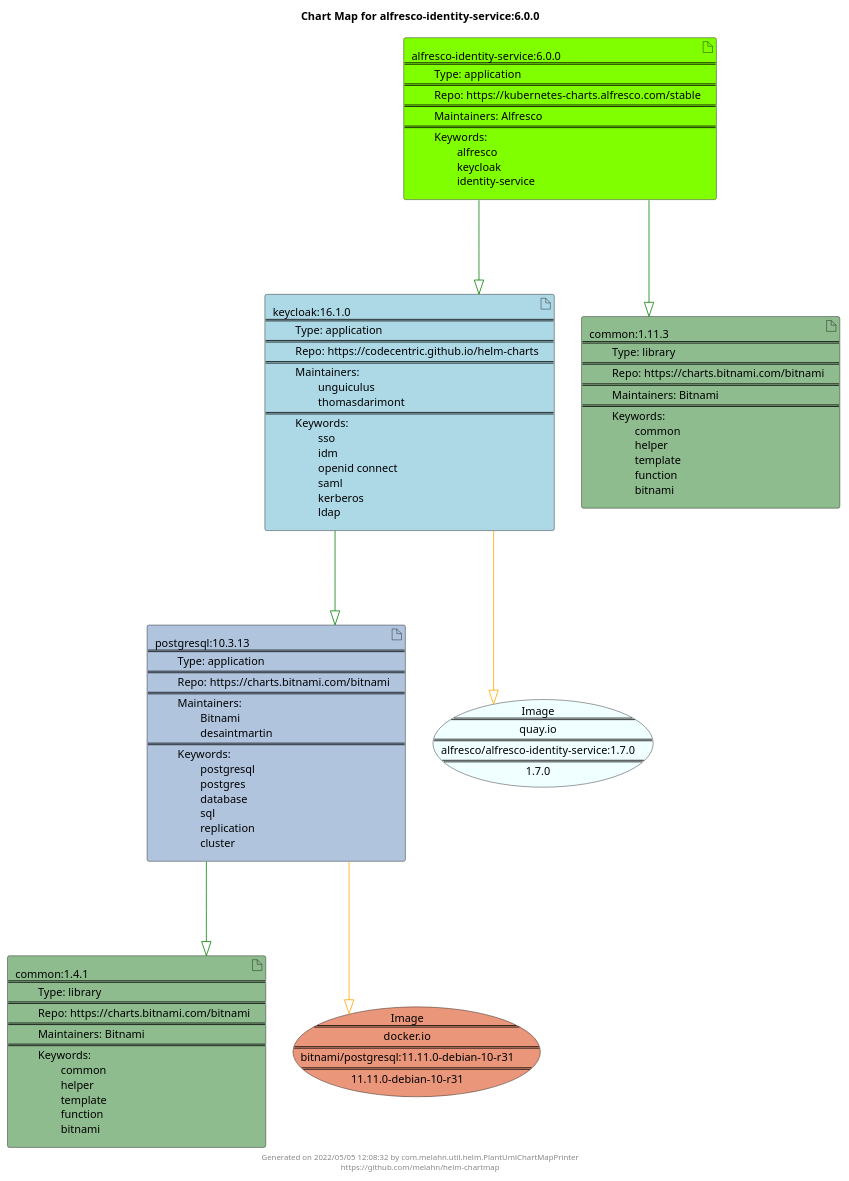
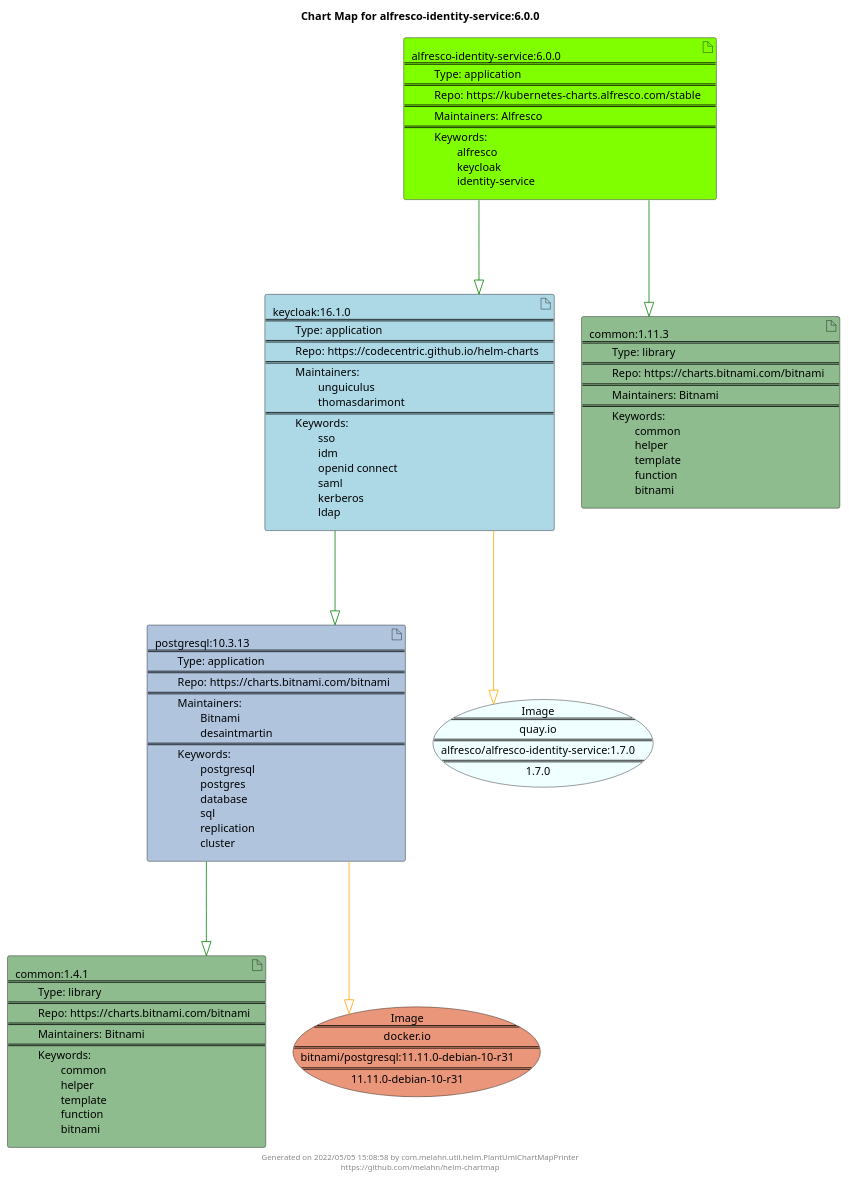
The diagram in docs/alfresco-identity-service/alfresco-identity-service-6.0.0.puml (melahn/helm-chartmap), drawn with PlantUML before and after one commit. The commit also changed 57 other files, not shown here.

Commit message:
Update Example Chart Maps as part of GitHub build

```diff
--- a/docs/alfresco-identity-service/alfresco-identity-service-6.0.0.puml
+++ b/docs/alfresco-identity-service/alfresco-identity-service-6.0.0.puml
@@ -1,31 +1,31 @@
 @startuml
 skinparam linetype ortho
 skinparam backgroundColor white
 skinparam usecaseBorderColor black
 skinparam usecaseArrowColor LightSlateGray
 skinparam artifactBorderColor black
 skinparam artifactArrowColor LightSlateGray
 
 title Chart Map for alfresco-identity-service:6.0.0
 
 'There are 5 referenced Helm Charts
 artifact "common:1.4.1\n====\n\tType: library\n====\n\tRepo: https://charts.bitnami.com/bitnami\n====\n\tMaintainers: Bitnami\n====\n\tKeywords: \n\t\tcommon\n\t\thelper\n\t\ttemplate\n\t\tfunction\n\t\tbitnami" as common_1_4_1 #DarkSeaGreen
 artifact "keycloak:16.1.0\n====\n\tType: application\n====\n\tRepo: https://codecentric.github.io/helm-charts\n====\n\tMaintainers: \n\t\tunguiculus\n\t\tthomasdarimont\n====\n\tKeywords: \n\t\tsso\n\t\tidm\n\t\topenid connect\n\t\tsaml\n\t\tkerberos\n\t\tldap" as keycloak_16_1_0 #LightBlue
 artifact "postgresql:10.3.13\n====\n\tType: application\n====\n\tRepo: https://charts.bitnami.com/bitnami\n====\n\tMaintainers: \n\t\tBitnami\n\t\tdesaintmartin\n====\n\tKeywords: \n\t\tpostgresql\n\t\tpostgres\n\t\tdatabase\n\t\tsql\n\t\treplication\n\t\tcluster" as postgresql_10_3_13 #LightSteelBlue
 artifact "alfresco-identity-service:6.0.0\n====\n\tType: application\n====\n\tRepo: https://kubernetes-charts.alfresco.com/stable\n====\n\tMaintainers: Alfresco\n====\n\tKeywords: \n\t\talfresco\n\t\tkeycloak\n\t\tidentity-service" as alfresco_identity_service_6_0_0 #Chartreuse
 artifact "common:1.11.3\n====\n\tType: library\n====\n\tRepo: https://charts.bitnami.com/bitnami\n====\n\tMaintainers: Bitnami\n====\n\tKeywords: \n\t\tcommon\n\t\thelper\n\t\ttemplate\n\t\tfunction\n\t\tbitnami" as common_1_11_3 #DarkSeaGreen
 
 'There are 2 referenced Docker Images
 usecase "Image\n====\nquay.io\n====\nalfresco/alfresco-identity-service:1.7.0\n====\n1.7.0" as quay_io_alfresco_alfresco_identity_service_1_7_0 #Azure
 usecase "Image\n====\ndocker.io\n====\nbitnami/postgresql:11.11.0-debian-10-r31\n====\n11.11.0-debian-10-r31" as docker_io_bitnami_postgresql_11_11_0_debian_10_r31 #DarkSalmon
 
 'Chart Dependencies
 alfresco_identity_service_6_0_0--[#green]-|>keycloak_16_1_0
 keycloak_16_1_0--[#green]-|>postgresql_10_3_13
 postgresql_10_3_13--[#green]-|>common_1_4_1
 alfresco_identity_service_6_0_0--[#green]-|>common_1_11_3
 keycloak_16_1_0--[#orange]-|>quay_io_alfresco_alfresco_identity_service_1_7_0
 postgresql_10_3_13--[#orange]-|>docker_io_bitnami_postgresql_11_11_0_debian_10_r31
 
-center footer Generated on 2022/05/05 12:08:32 by com.melahn.util.helm.PlantUmlChartMapPrinter\nhttps://github.com/melahn/helm-chartmap
+center footer Generated on 2022/05/05 15:08:58 by com.melahn.util.helm.PlantUmlChartMapPrinter\nhttps://github.com/melahn/helm-chartmap
 @enduml
```
